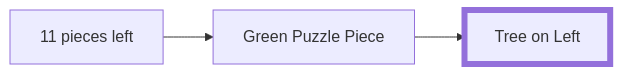
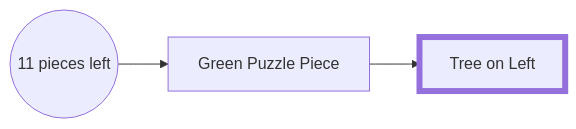
Before and after one commit to 198thread/lineup: the second of 3 diagrams in README.md, drawn with Mermaid. The commit also changed other lines of this file, not shown here.

Commit message:
Update README.md
updates mermaid diagrams with circles

````diff
--- a/README.md
+++ b/README.md
@@ -14,6 +14,6 @@
 ```mermaid
 graph LR;
     style E stroke-width:6px
-    A["11 pieces left"] --> B[Green Puzzle Piece]
+    A((11 pieces left)) --> B[Green Puzzle Piece]
     B --> E["Tree on Left"]
 ```
````
